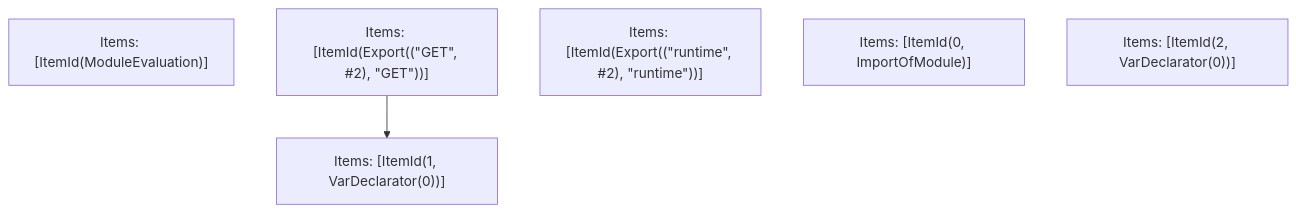
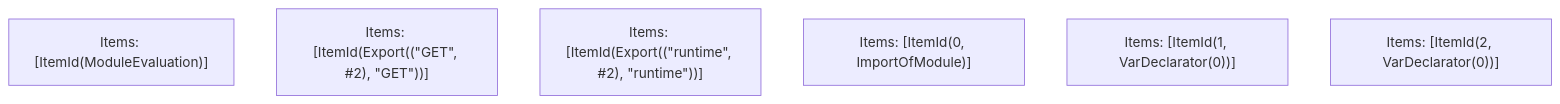
The fifth of 5 diagrams in turbopack/crates/turbopack-ecmascript/tests/tree-shaker/analyzer/route-handler/output.md (Sonar-UX-Testing-FreePlan/next.js), drawn with Mermaid before and after one commit. The commit also changed other lines of this file and 30 other files, not shown here.

````diff
--- a/turbopack/crates/turbopack-ecmascript/tests/tree-shaker/analyzer/route-handler/output.md
+++ b/turbopack/crates/turbopack-ecmascript/tests/tree-shaker/analyzer/route-handler/output.md
@@ -117,10 +117,9 @@
 ```mermaid
 graph TD
     N0["Items: [ItemId(ModuleEvaluation)]"];
     N1["Items: [ItemId(Export((&quot;GET&quot;, #2), &quot;GET&quot;))]"];
     N2["Items: [ItemId(Export((&quot;runtime&quot;, #2), &quot;runtime&quot;))]"];
-    N3["Items: [ItemId(1, VarDeclarator(0))]"];
-    N4["Items: [ItemId(0, ImportOfModule)]"];
+    N3["Items: [ItemId(0, ImportOfModule)]"];
+    N4["Items: [ItemId(1, VarDeclarator(0))]"];
     N5["Items: [ItemId(2, VarDeclarator(0))]"];
-    N1 --> N3;
 ```
````
